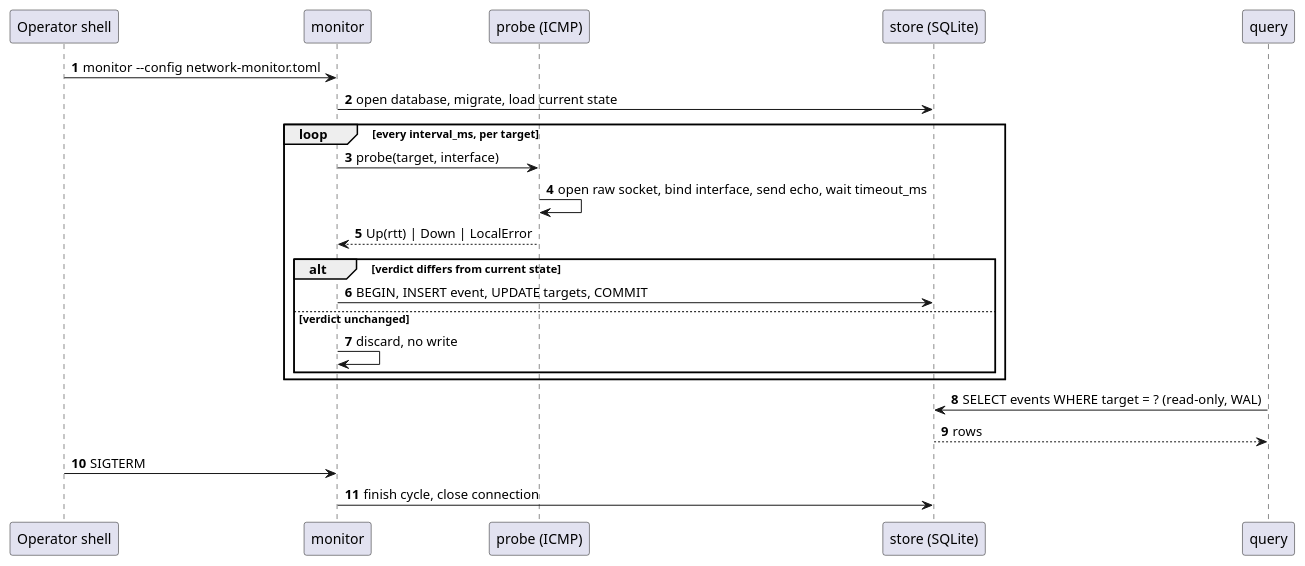
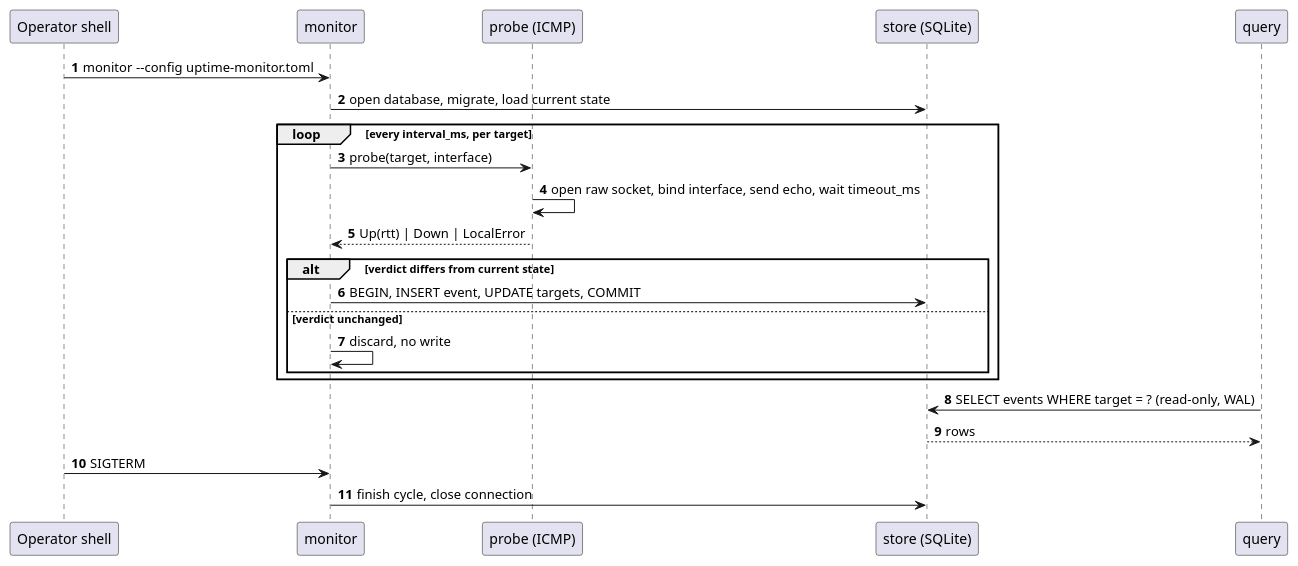
Before and after one commit to dashie/network-monitor: the third of 3 diagrams in docs/ARCHITECTURE.md, drawn with PlantUML. The commit also changed other lines of this file and 61 other files, not shown here.

Commit message:
refactor(repository-wide): rename the tool to uptime-monitor

````diff
--- a/docs/ARCHITECTURE.md
+++ b/docs/ARCHITECTURE.md
@@ -370,28 +370,28 @@
 ```plantuml
 @startuml
 autonumber
 
 participant "Operator shell" as Op
 participant "monitor" as Mon
 participant "probe (ICMP)" as Pr
 participant "store (SQLite)" as St
 participant "query" as Q
 
-Op -> Mon : monitor --config network-monitor.toml
+Op -> Mon : monitor --config uptime-monitor.toml
 Mon -> St : open database, migrate, load current state
 loop every interval_ms, per target
     Mon -> Pr : probe(target, interface)
     Pr -> Pr : open raw socket, bind interface, send echo, wait timeout_ms
     Pr --> Mon : Up(rtt) | Down | LocalError
     alt verdict differs from current state
         Mon -> St : BEGIN, INSERT event, UPDATE targets, COMMIT
     else verdict unchanged
         Mon -> Mon : discard, no write
     end
 end
 Q -> St : SELECT events WHERE target = ? (read-only, WAL)
 St --> Q : rows
 Op -> Mon : SIGTERM
 Mon -> St : finish cycle, close connection
 @enduml
 ```
````
